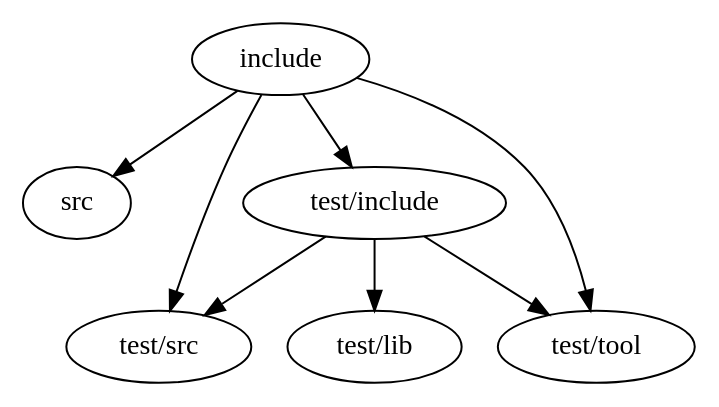
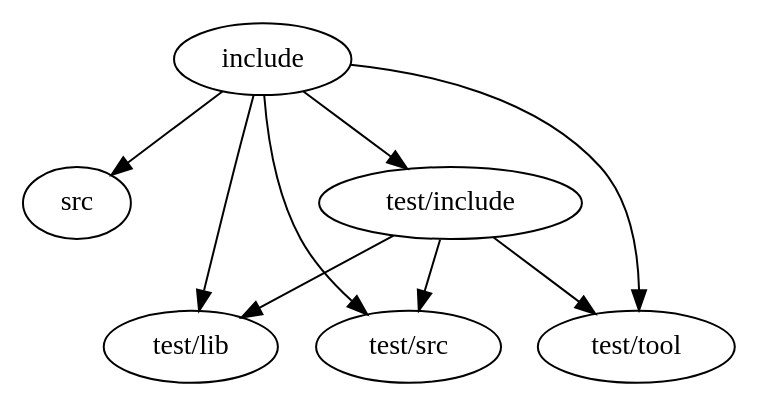
One commit to libera-cifero/Korra changed the diagram in docs/includes.dot. Above: the diagram before and after it, drawn with Graphviz. The commit also changed 1 other file, not shown here.

Commit message:
include map fix

```diff
--- a/docs/includes.dot
+++ b/docs/includes.dot
@@ -1,17 +1,18 @@
 digraph {
     rankdir=TB;
     include;
     src;
     "test/include";
     "test/lib";
     "test/src";
     "test/tool";
 
     include->src;
     include->"test/include";
     include->"test/src";
     include->"test/tool";
+    include->"test/lib";
     "test/include"->"test/src";
     "test/include"->"test/tool";
     "test/include"->"test/lib";
 }
```
